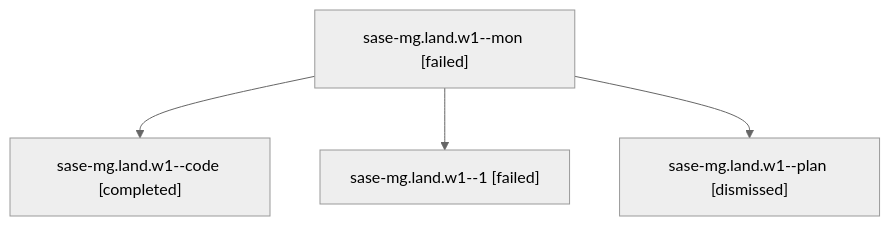
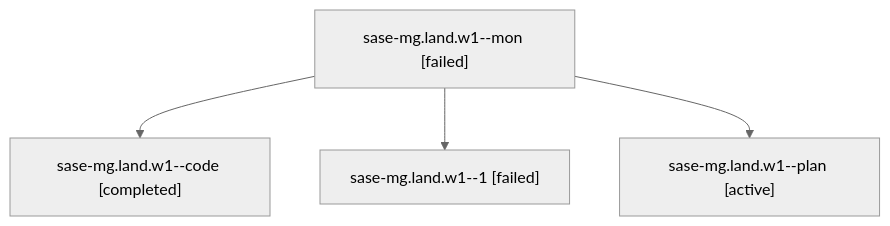
One commit to sase-org/sase--agents changed the diagram in families/bbugyi200.athena.sase-mg.land.w1.md. Above: the diagram before and after it, drawn with Mermaid (neutral theme). The commit also changed other lines of this file and 35830 other files, not shown here.

````diff
--- a/families/bbugyi200.athena.sase-mg.land.w1.md
+++ b/families/bbugyi200.athena.sase-mg.land.w1.md
@@ -9,10 +9,10 @@
 ```mermaid
 flowchart TD
   n0["sase-mg.land.w1--mon [failed]"]
   n1["sase-mg.land.w1--code [completed]"]
   n0 --> n1
   n2["sase-mg.land.w1--1 [failed]"]
   n0 --> n2
-  n3["sase-mg.land.w1--plan [dismissed]"]
+  n3["sase-mg.land.w1--plan [active]"]
   n0 --> n3
 ```
````
